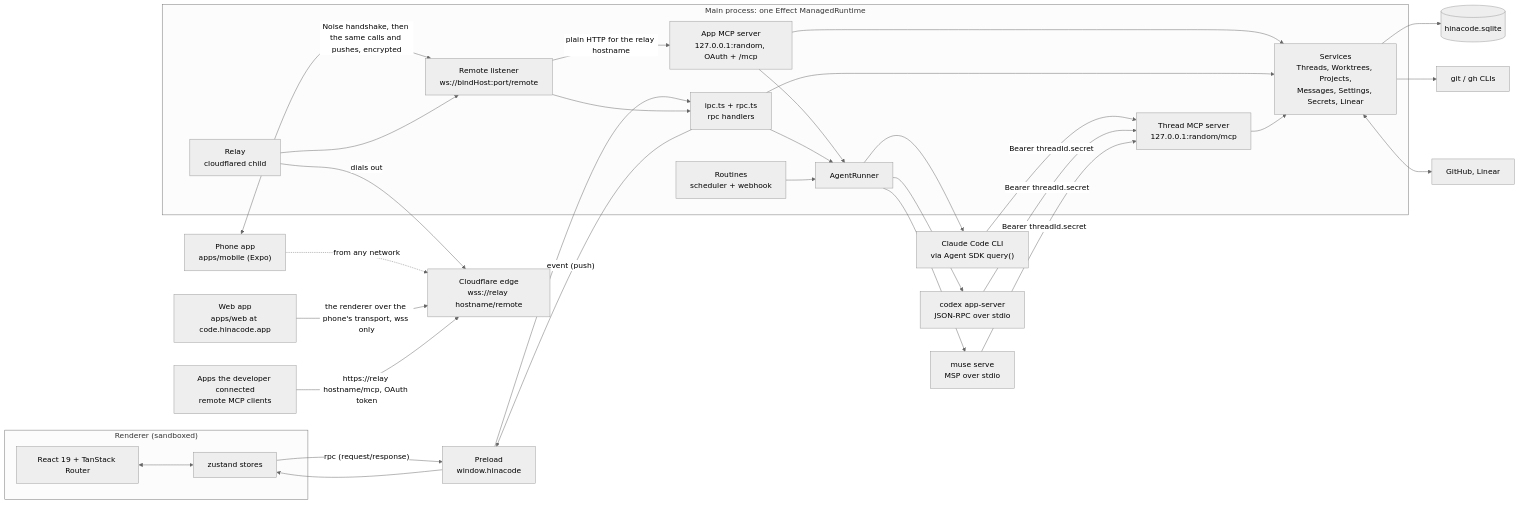
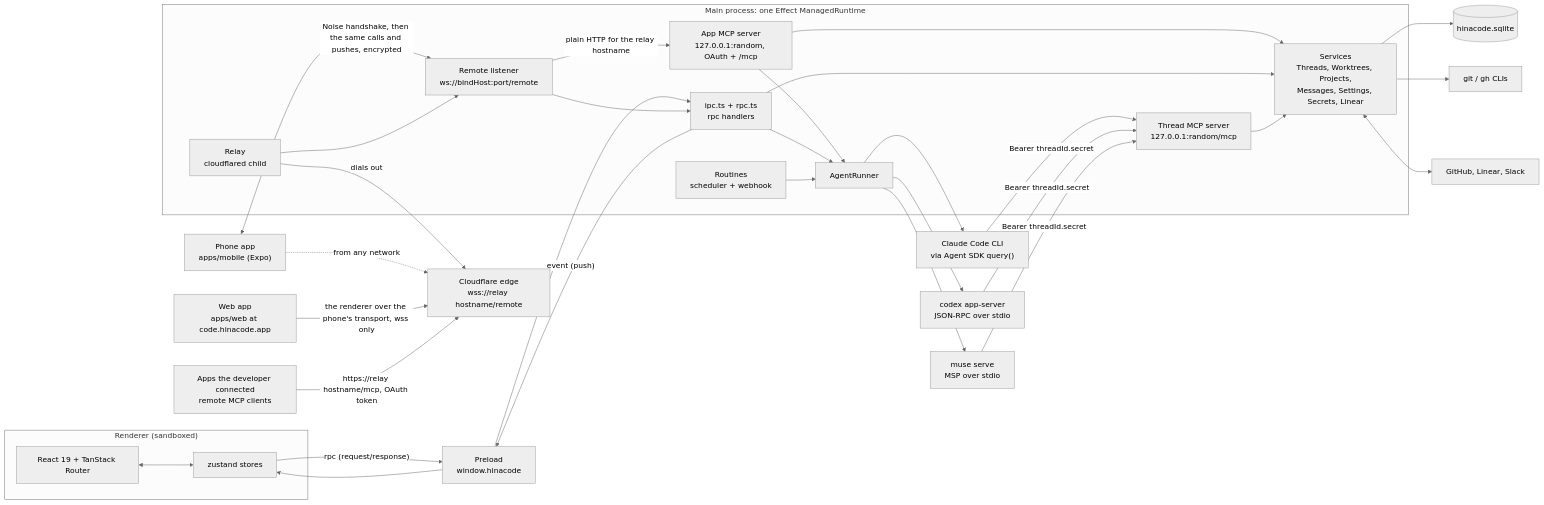
Before and after one commit to hinadev-ai/hinacode: the first of 19 diagrams in docs/arch.md, drawn with Mermaid (neutral theme). The commit also changed other lines of this file and 1 other file, not shown here.

Commit message:
docs(routines): design the Slack trigger source

````diff
--- a/docs/arch.md
+++ b/docs/arch.md
@@ -7,48 +7,48 @@
 ```mermaid
 flowchart LR
   subgraph renderer["Renderer (sandboxed)"]
     ui["React 19 + TanStack Router"]
     stores["zustand stores"]
   end
   preload["Preload<br/>window.hinacode"]
   subgraph main["Main process: one Effect ManagedRuntime"]
     ipc["ipc.ts + rpc.ts<br/>rpc handlers"]
     services["Services<br/>Threads, Worktrees, Projects,<br/>Messages, Settings, Secrets, Linear"]
     runner["AgentRunner"]
     mcp["Thread MCP server<br/>127.0.0.1:random/mcp"]
     apps["App MCP server<br/>127.0.0.1:random, OAuth + /mcp"]
     autos["Routines<br/>scheduler + webhook"]
     remote["Remote listener<br/>ws://bindHost:port/remote"]
     relay["Relay<br/>cloudflared child"]
   end
   phone["Phone app<br/>apps/mobile (Expo)"]
   web["Web app<br/>apps/web at code.hinacode.app"]
   outside["Apps the developer connected<br/>remote MCP clients"]
   edge["Cloudflare edge<br/>wss://relay hostname/remote"]
   db[("hinacode.sqlite")]
   claude["Claude Code CLI<br/>via Agent SDK query()"]
   codex["codex app-server<br/>JSON-RPC over stdio"]
   muse["muse serve<br/>MSP over stdio"]
   git["git / gh CLIs"]
-  ext["GitHub, Linear"]
+  ext["GitHub, Linear, Slack"]
 
   ui <--> stores
   stores -- "rpc (request/response)" --> preload --> ipc
   ipc -- "event (push)" --> preload --> stores
   phone -- "Noise handshake, then the same calls and pushes, encrypted" <--> remote --> ipc
   phone -. "from any network" .-> edge
   web -- "the renderer over the phone's transport, wss only" --> edge
   relay -- "dials out" --> edge
   relay --> remote
   outside -- "https://relay hostname/mcp, OAuth token" --> edge
   remote -- "plain HTTP for the relay hostname" --> apps
   apps --> services & runner
   ipc --> services & runner
   runner --> claude & codex & muse
   claude & codex & muse -- "Bearer threadId.secret" --> mcp
   mcp --> services
   services --> db
   services --> git
   services <--> ext
   autos --> runner
 ```
````
